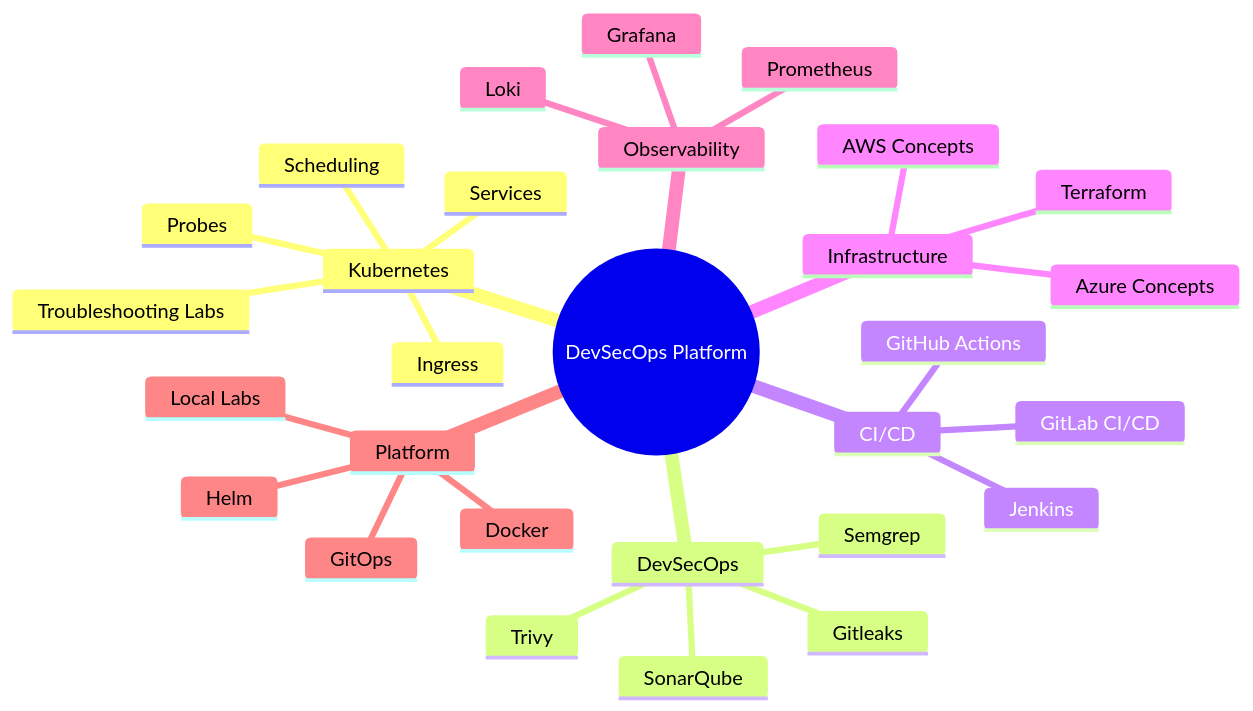
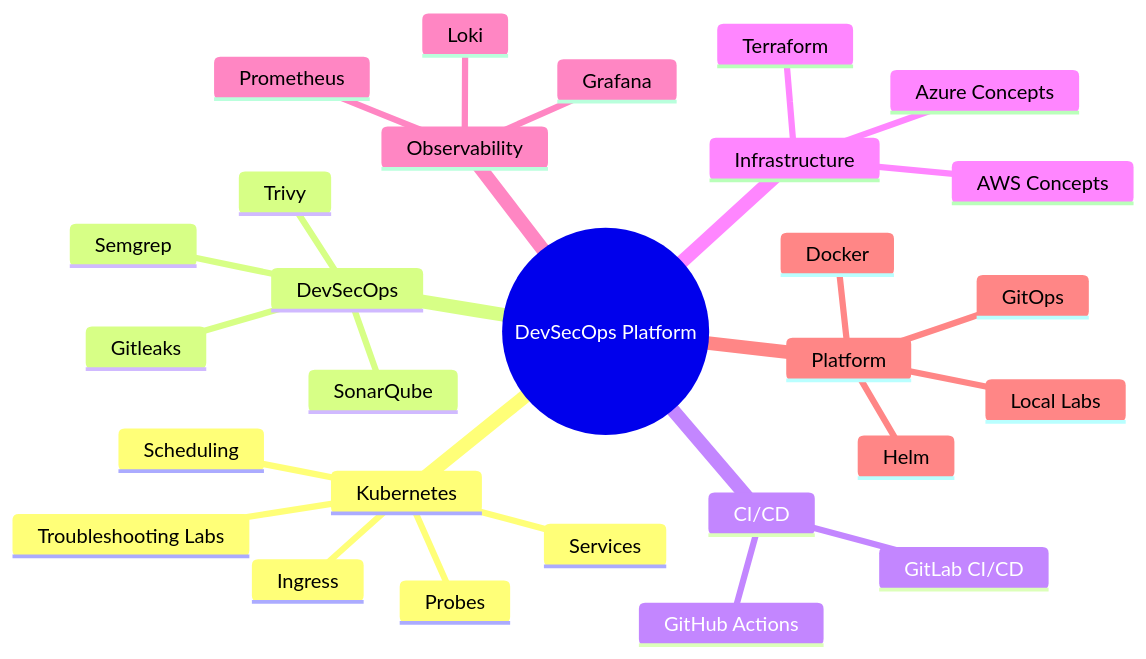
The third of 9 diagrams in README.md (lingarajayli/devsecops-platform), drawn with Mermaid before and after one commit. The commit also changed other lines of this file, not shown here.

Commit message:
docs: remove remaining unwanted tools from root README

````diff
--- a/README.md
+++ b/README.md
@@ -75,32 +75,31 @@
 ```mermaid
 mindmap
   root((DevSecOps Platform))
     Kubernetes
       Troubleshooting Labs
       Services
       Ingress
       Probes
       Scheduling
     DevSecOps
       Trivy
       Gitleaks
       Semgrep
       SonarQube
     CI/CD
       GitHub Actions
       GitLab CI/CD
-      Jenkins
     Infrastructure
       Terraform
       AWS Concepts
       Azure Concepts
     Observability
       Prometheus
       Grafana
       Loki
     Platform
       Docker
       Helm
       GitOps
       Local Labs
 ```
````
